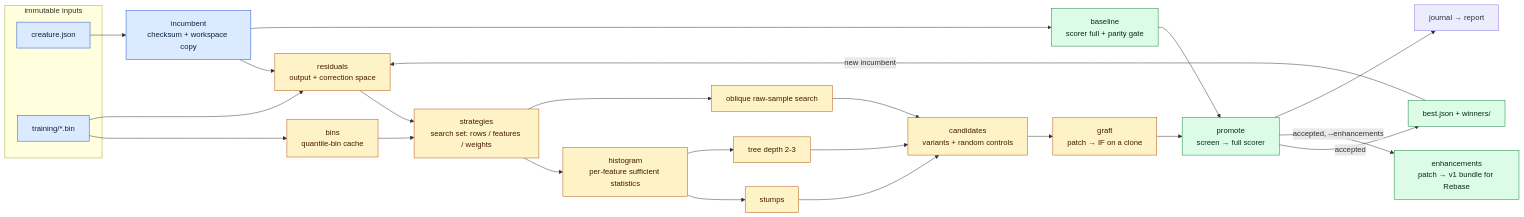
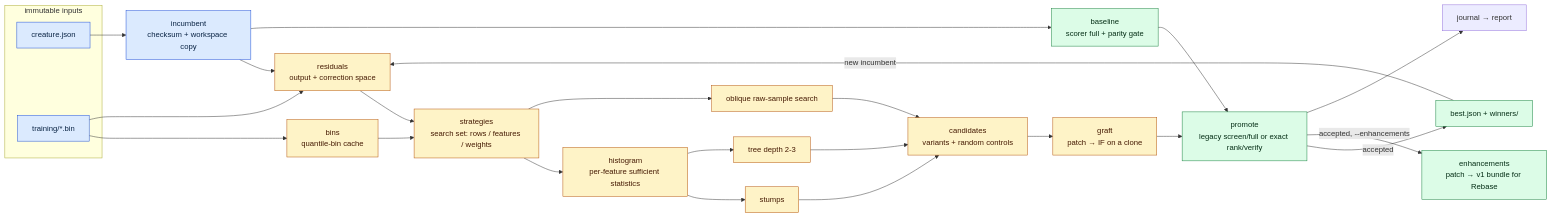
The first of 3 diagrams in docs/architecture.md (stSoftwareAU/NEAT-AI-Forests), drawn with Mermaid before and after one commit. The commit also changed other lines of this file and 24 other files, not shown here.

First line of the commit message:
Rank every graft candidate exactly on the full corpus with scorer delta mode, and retire the 5 % screen for them (Issue #136) (#150)

````diff
--- a/docs/architecture.md
+++ b/docs/architecture.md
@@ -7,35 +7,35 @@
 ```mermaid
 flowchart LR
     subgraph immutable["immutable inputs"]
         C[creature.json]
         T[training/*.bin]
     end
     C --> I[incumbent<br/>checksum + workspace copy]
     T --> K[bins<br/>quantile-bin cache]
     I --> R[residuals<br/>output + correction space]
     T --> R
     I --> B[baseline<br/>scorer full + parity gate]
     R --> S[strategies<br/>search set: rows / features / weights]
     K --> S
     S --> H[histogram<br/>per-feature sufficient statistics]
     H --> ST[stumps]
     H --> TR[tree depth 2-3]
     S --> OB[oblique raw-sample search]
     ST --> CA[candidates<br/>variants + random controls]
     TR --> CA
     OB --> CA
     CA --> G[graft<br/>patch → IF on a clone]
-    G --> P[promote<br/>screen → full scorer]
+    G --> P[promote<br/>legacy screen/full or exact rank/verify]
     B --> P
     P -->|accepted| W[best.json + winners/]
     P -->|accepted, --enhancements| E[enhancements<br/>patch → v1 bundle for Rebase]
     P --> J[journal → report]
     W -->|new incumbent| R
 
     classDef immutable fill:#dbeafe,stroke:#1d4ed8,color:#0b2545
     classDef search fill:#fef3c7,stroke:#b45309,color:#451a03
     classDef judge fill:#dcfce7,stroke:#15803d,color:#052e16
     class C,T,I immutable
     class K,R,S,H,ST,TR,OB,CA,G search
     class B,P,W,E judge
 ```
````
